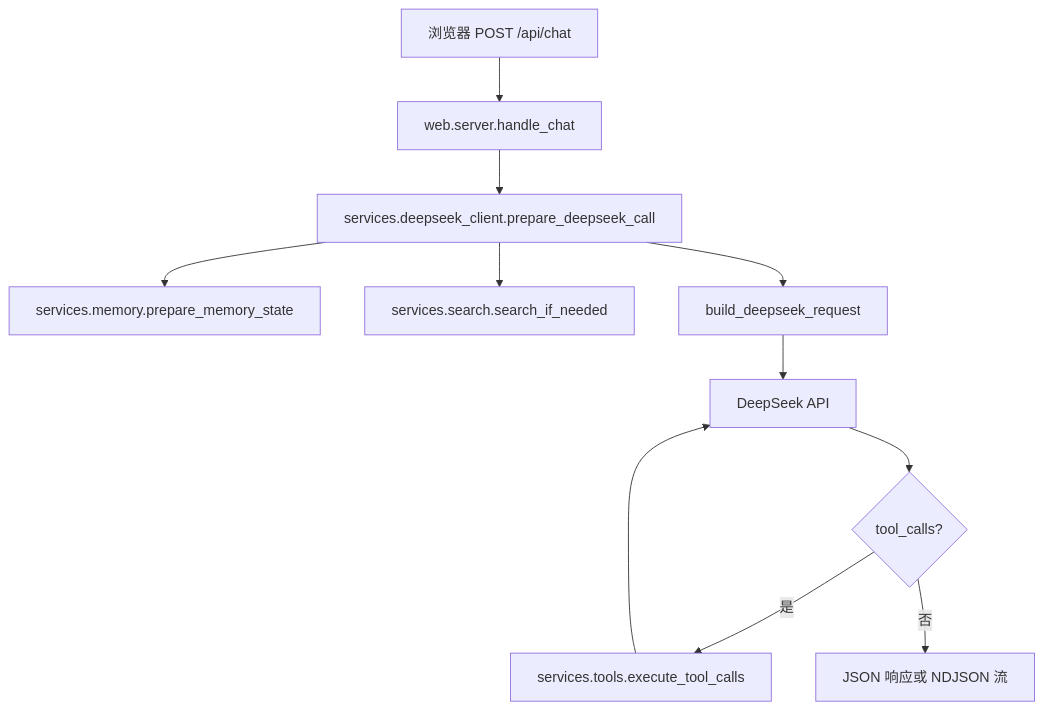
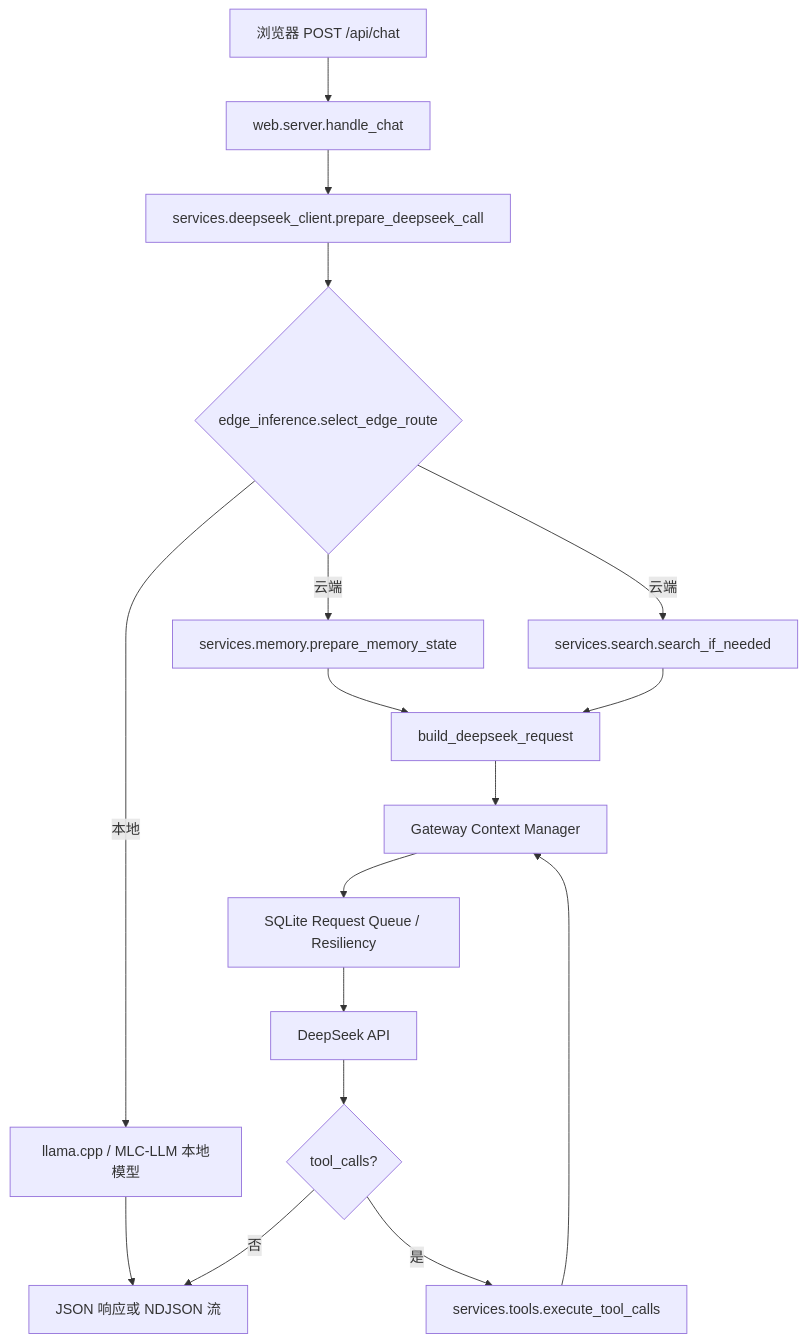
The diagram in docs/ARCHITECTURE.md (leizd/deepseek), drawn with Mermaid before and after one commit. The commit also changed other lines of this file and 43 other files, not shown here.

````diff
--- a/docs/ARCHITECTURE.md
+++ b/docs/ARCHITECTURE.md
@@ -74,13 +80,19 @@
 ```mermaid
 flowchart TD
     A["浏览器 POST /api/chat"] --> B["web.server.handle_chat"]
     B --> C["services.deepseek_client.prepare_deepseek_call"]
-    C --> D["services.memory.prepare_memory_state"]
-    C --> E["services.search.search_if_needed"]
-    C --> F["build_deepseek_request"]
-    F --> G["DeepSeek API"]
+    C --> R{"edge_inference.select_edge_route"}
+    R -- "本地" --> L["llama.cpp / MLC-LLM 本地模型"]
+    L --> H["JSON 响应或 NDJSON 流"]
+    R -- "云端" --> D["services.memory.prepare_memory_state"]
+    R -- "云端" --> E["services.search.search_if_needed"]
+    D --> F["build_deepseek_request"]
+    E --> F
+    F --> CM["Gateway Context Manager"]
+    CM --> Q["SQLite Request Queue / Resiliency"]
+    Q --> G["DeepSeek API"]
     G --> I{"tool_calls?"}
     I -- "是" --> J["services.tools.execute_tool_calls"]
-    J --> G
+    J --> CM
     I -- "否" --> H["JSON 响应或 NDJSON 流"]
 ```
````
